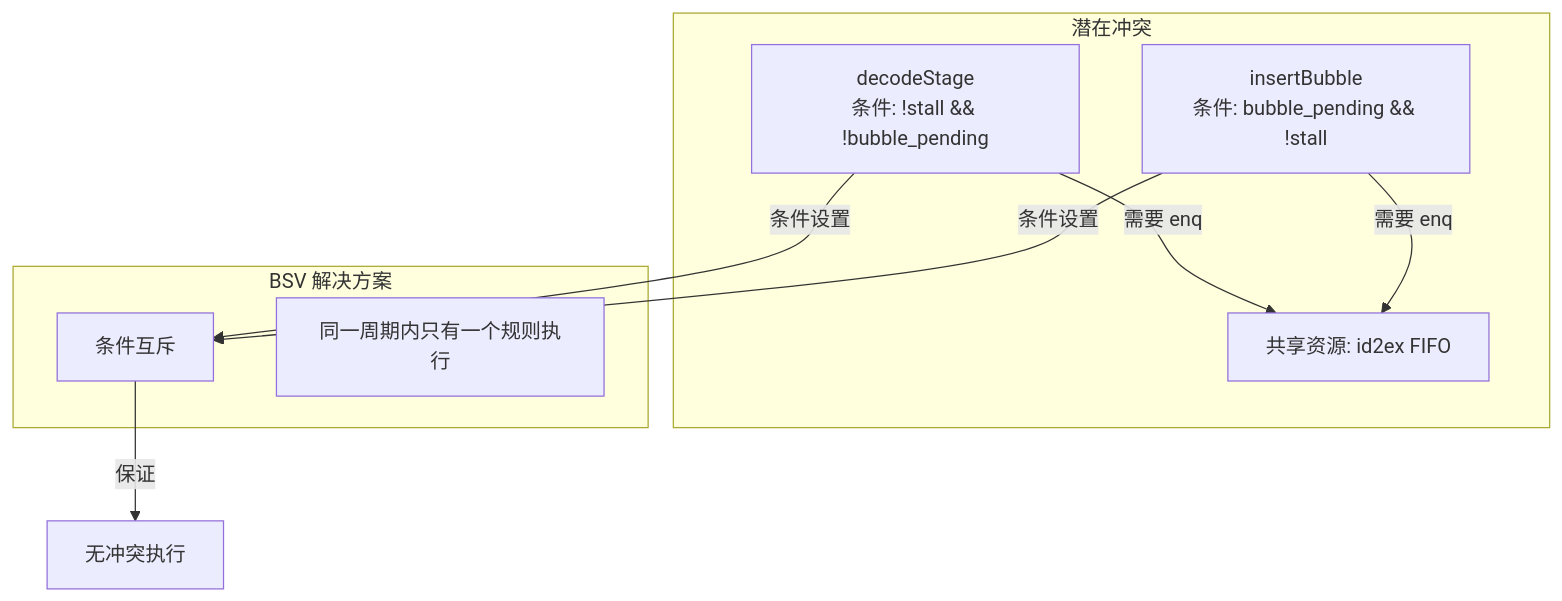
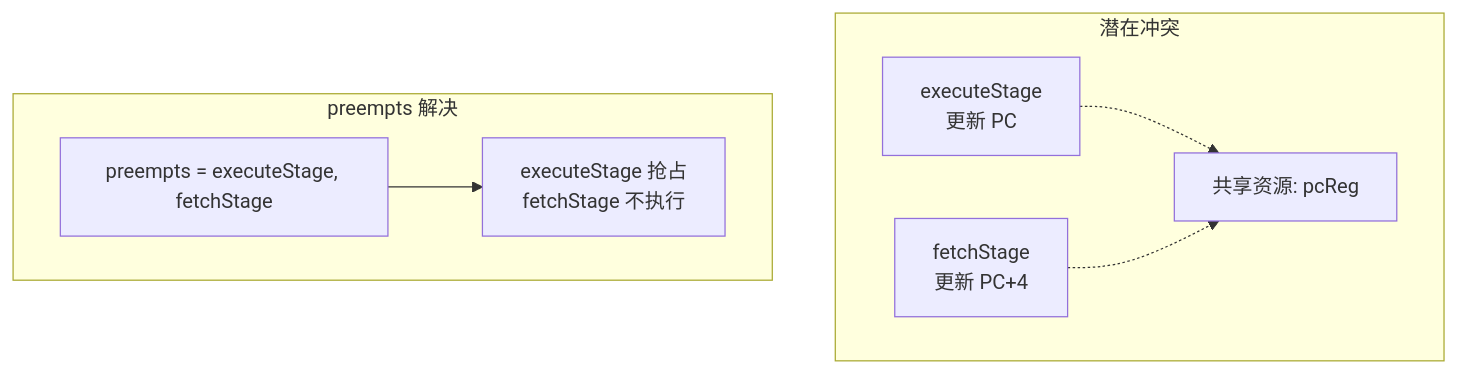
One commit to daivy2333/riscv-bsv-processor changed the seventh of 8 diagrams in docs/pipeline-scheduling.md. Above: the diagram before and after it, drawn with Mermaid. The commit also changed other lines of this file and 6 other files, not shown here.

````diff
--- a/docs/pipeline-scheduling.md
+++ b/docs/pipeline-scheduling.md
@@ -168,21 +202,18 @@
 ```mermaid
 flowchart TB
     subgraph Conflict["潜在冲突"]
-        Decode["decodeStage<br/>条件: !stall && !bubble_pending"]
-        Bubble["insertBubble<br/>条件: bubble_pending && !stall"]
-        Shared["共享资源: id2ex FIFO"]
+        Execute["executeStage<br/>更新 PC"]
+        Fetch["fetchStage<br/>更新 PC+4"]
+        Shared["共享资源: pcReg"]
     end
 
-    Decode -->|"需要 enq"| Shared
-    Bubble -->|"需要 enq"| Shared
+    Execute -.-> Shared
+    Fetch -.-> Shared
 
-    subgraph Resolution["BSV 解决方案"]
-        Mutual["条件互斥"]
-        Note["同一周期内只有一个规则执行"]
-
-        Decode -->|"条件设置"| Mutual
-        Bubble -->|"条件设置"| Mutual
+    subgraph Resolution["preempts 解决"]
+        Preempt["preempts = executeStage, fetchStage"]
+        Result["executeStage 抢占<br/>fetchStage 不执行"]
     end
 
-    Mutual -->|"保证"| Safe["无冲突执行"]
+    Preempt --> Result
 ```
````
